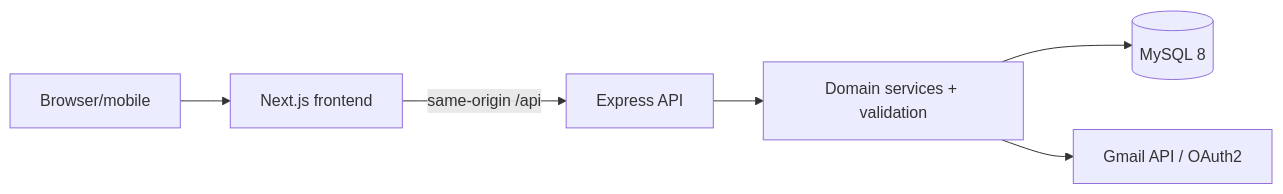
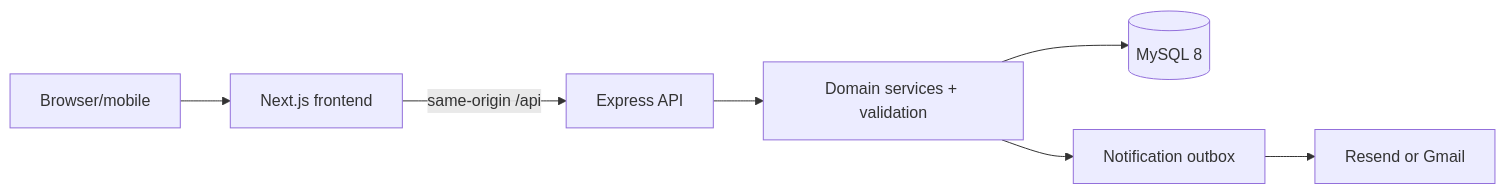
One commit to hello1224354/nail_salon_api changed the first of 3 diagrams in docs/ARCHITECTURE.md. Above: the diagram before and after it, drawn with Mermaid. The commit also changed other lines of this file and 66 other files, not shown here.

````diff
--- a/docs/ARCHITECTURE.md
+++ b/docs/ARCHITECTURE.md
@@ -5,8 +5,9 @@
 ```mermaid
 flowchart LR
     User[Browser/mobile] --> Next[Next.js frontend]
     Next -->|same-origin /api| Express[Express API]
     Express --> Services[Domain services + validation]
     Services --> DB[(MySQL 8)]
-    Services --> Gmail[Gmail API / OAuth2]
+    Services --> Outbox[Notification outbox]
+    Outbox --> Mail[Resend or Gmail]
 ```
````
